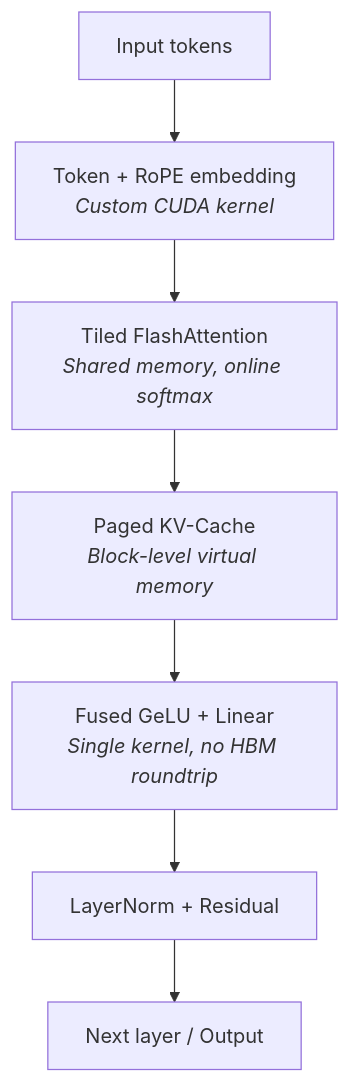
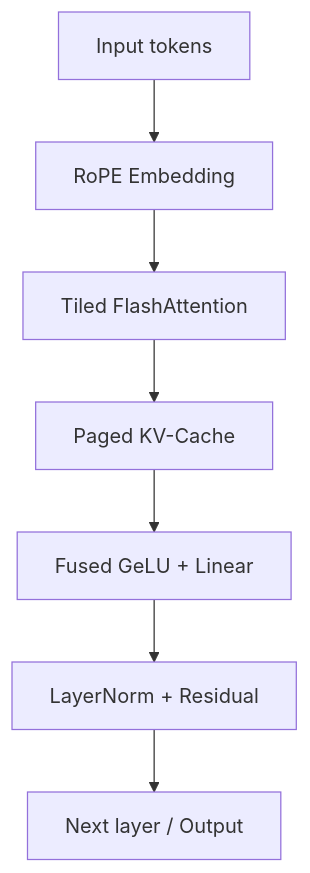
One commit to ajliouat/flashkernel changed the diagram in README.md. Above: the diagram before and after it, drawn with Mermaid. The commit also changed other lines of this file, not shown here.

Commit message:
docs: polish README to 10/10 — roofline table, kernel inventory, architecture diagram

````diff
--- a/README.md
+++ b/README.md
@@ -50,9 +63,9 @@
 ```mermaid
 flowchart TB
-  Input["Input tokens"] --> Embed["Token + RoPE embedding<br/><i>Custom CUDA kernel</i>"]
-  Embed --> Attn["Tiled FlashAttention<br/><i>Shared memory, online softmax</i>"]
-  Attn --> KV["Paged KV-Cache<br/><i>Block-level virtual memory</i>"]
-  KV --> Fused["Fused GeLU + Linear<br/><i>Single kernel, no HBM roundtrip</i>"]
+  Input["Input tokens"] --> Embed["RoPE Embedding"]
+  Embed --> Attn["Tiled FlashAttention"]
+  Attn --> KV["Paged KV-Cache"]
+  KV --> Fused["Fused GeLU + Linear"]
   Fused --> Norm["LayerNorm + Residual"]
   Norm --> Next["Next layer / Output"]
 ```
````
